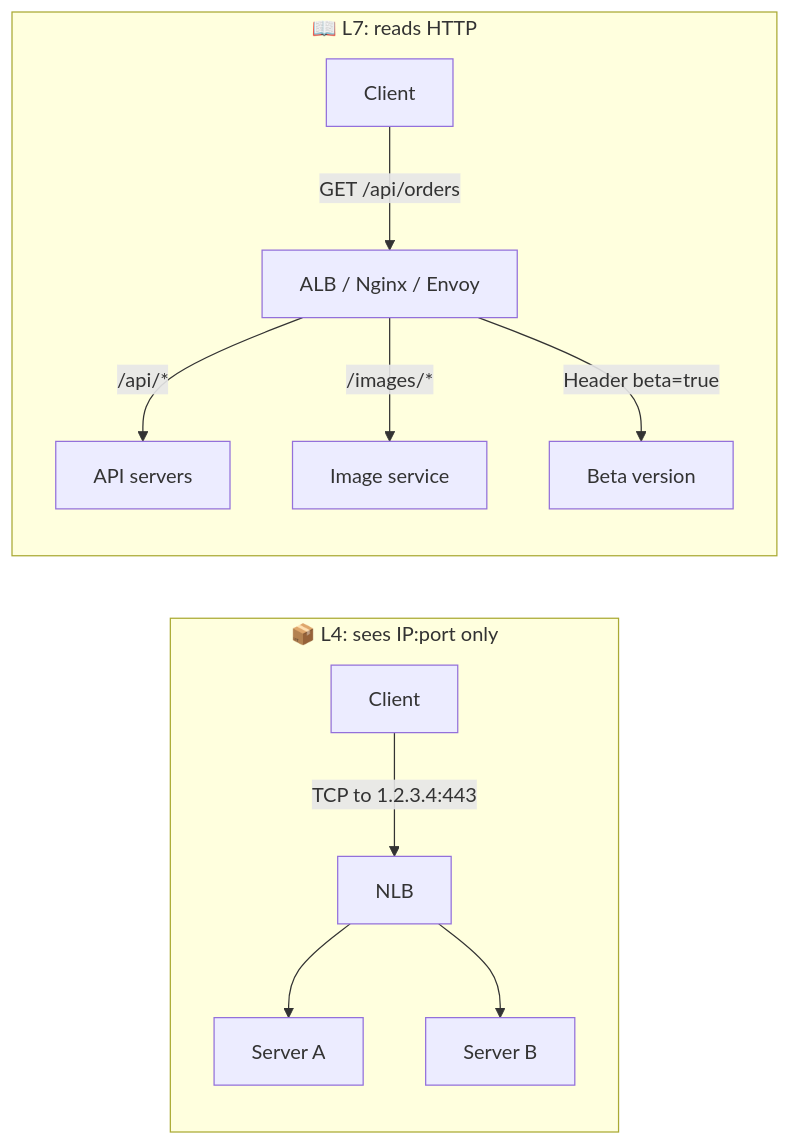
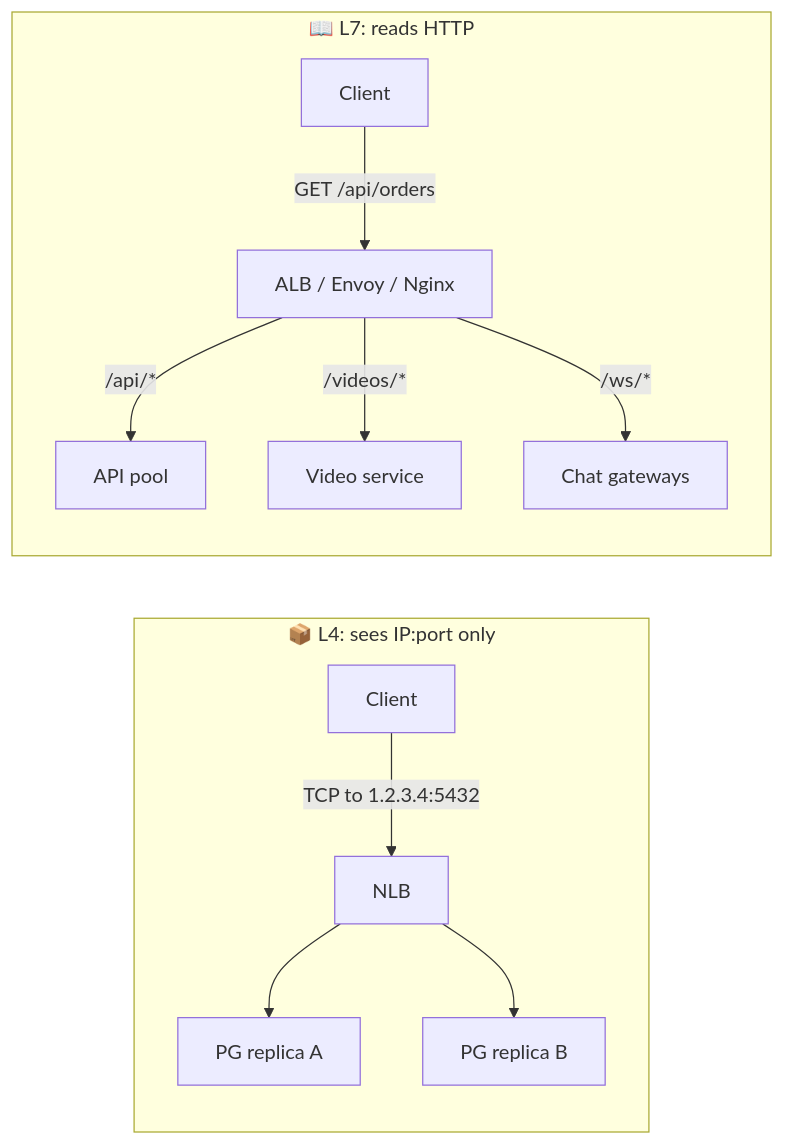
One commit to winnyboy5/System-Design-from-Atoms changed the first of 2 diagrams in phases/03-scaling-basics/021-l4-l7-and-proxies.md. Above: the diagram before and after it, drawn with Mermaid. The commit also changed other lines of this file and 9 other files, not shown here.

````diff
--- a/phases/03-scaling-basics/021-l4-l7-and-proxies.md
+++ b/phases/03-scaling-basics/021-l4-l7-and-proxies.md
@@ -30,14 +38,14 @@
 ```mermaid
 flowchart LR
     subgraph L4["📦 L4: sees IP:port only"]
-        C1["Client"] -->|"TCP to 1.2.3.4:443"| N["NLB"]
-        N --> B1["Server A"]
-        N --> B2["Server B"]
+        C1["Client"] -->|"TCP to 1.2.3.4:5432"| N["NLB"]
+        N --> B1["PG replica A"]
+        N --> B2["PG replica B"]
     end
     subgraph L7["📖 L7: reads HTTP"]
-        C2["Client"] -->|"GET /api/orders"| A["ALB / Nginx / Envoy"]
-        A -->|"/api/*"| API["API servers"]
-        A -->|"/images/*"| IMG["Image service"]
-        A -->|"Header beta=true"| BETA["Beta version"]
+        C2["Client"] -->|"GET /api/orders"| A["ALB / Envoy / Nginx"]
+        A -->|"/api/*"| API["API pool"]
+        A -->|"/videos/*"| VID["Video service"]
+        A -->|"/ws/*"| WS["Chat gateways"]
     end
 ```
````
